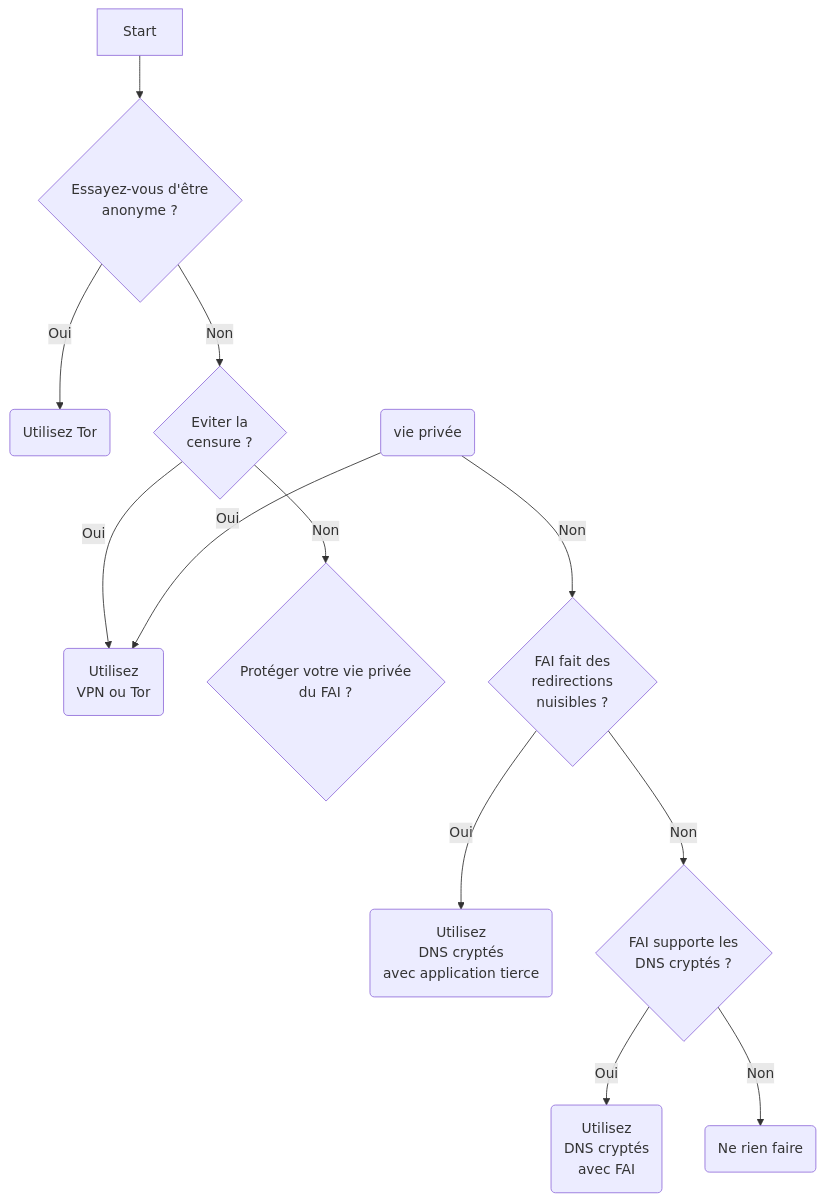
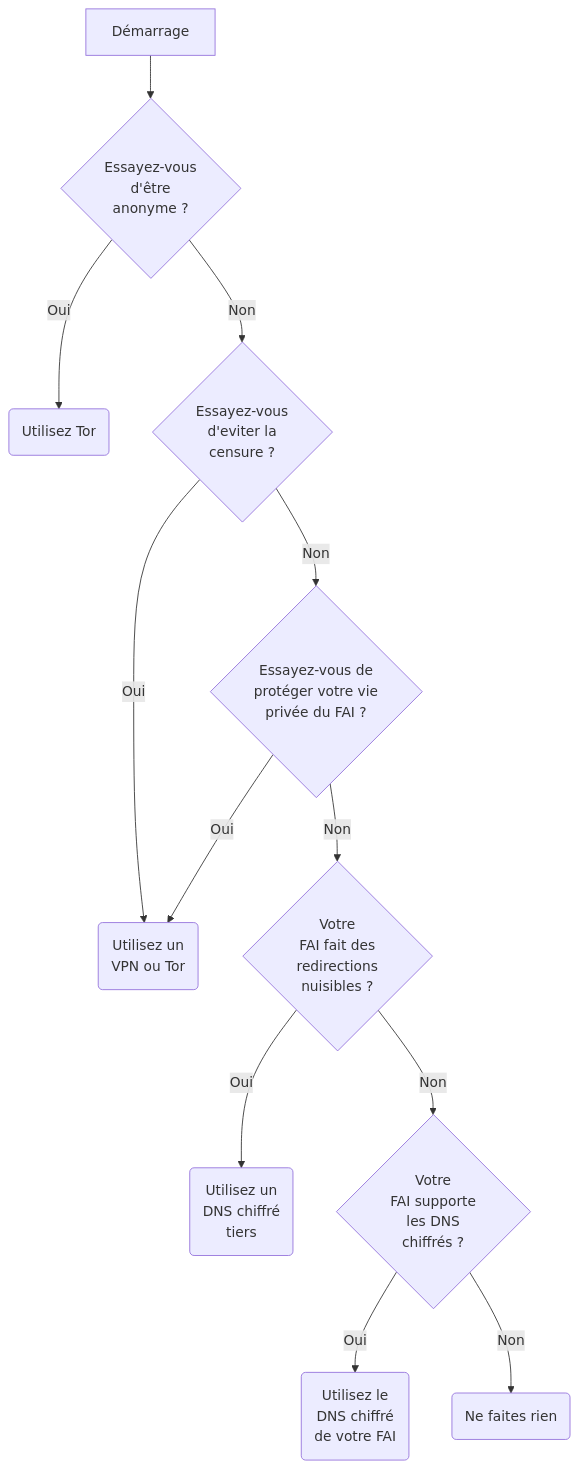
Before and after one commit to romandev0318/privacyguides.org: the diagram in i18n/fr/advanced/dns-overview.md, drawn with Mermaid. The commit also changed other lines of this file and 71 other files, not shown here.

````diff
--- a/i18n/fr/advanced/dns-overview.md
+++ b/i18n/fr/advanced/dns-overview.md
@@ -262,14 +262,14 @@
 ``` mermaid
 graph TB
-    Démarrage[Start] --> anonyme{Essayez-vous d'être<br> anonyme ?}
-    anonyme --> | Oui | tor(Utilisez Tor)
-    anonyme --> | Non | censure{Eviter la<br> censure ?}
-    censure --> | Oui | vpnOuTor(Utilisez<br> VPN ou Tor)
-    censure --> | Non | viePrivée{Protéger votre vie privée<br> du FAI ?}
-    p(vie privée) --> | Oui | vpnOuTor
-    p(vie privée) --> | Non | nuisible{FAI fait des<br> redirections<br> nuisibles ?}
-    nuisible --> | Oui | DNScryptés(Utilisez <br> DNS cryptés<br> avec application tierce)
-    nuisible --> | Non | DNSfai{FAI supporte les<br> DNS cryptés ?}
-    DNSfai --> | Oui | utilisezFAI(Utilisez<br> DNS cryptés<br> avec FAI)
-    DNSfai --> | Non | rien(Ne rien faire)
+    Start[Démarrage] --> anonymous{Essayez-vous<br>d'être<br>anonyme ?}
+    anonymous--> | Oui | tor(Utilisez Tor)
+    anonymous --> | Non | censorship{Essayez-vous<br>d'eviter la<br>censure ?}
+    censorship --> | Oui | vpnOrTor(Utilisez un<br>VPN ou Tor)
+    censorship --> | Non | privacy{Essayez-vous de<br>protéger votre vie<br>privée du FAI ?}
+    privacy --> | Oui | vpnOrTor
+    privacy --> | Non | obnoxious{Votre<br>FAI fait des<br> redirections<br> nuisibles ?}
+    obnoxious --> | Oui | encryptedDNS(Utilisez un<br>DNS chiffré<br>tiers)
+    obnoxious --> | Non | ispDNS{Votre<br>FAI supporte<br>les DNS<br>chiffrés ?}
+    ispDNS --> | Oui | useISP(Utilisez le<br>DNS chiffré<br>de votre FAI)
+    ispDNS --> | Non | nothing(Ne faites rien)
 ```
````
